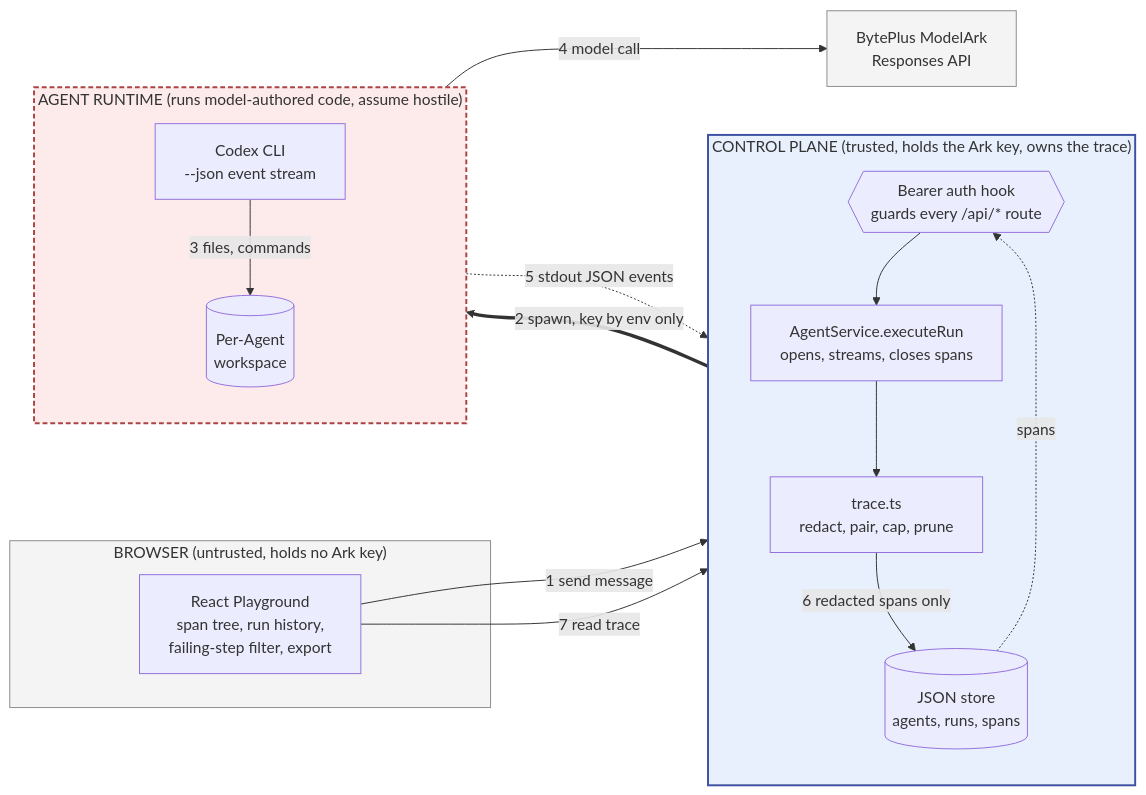
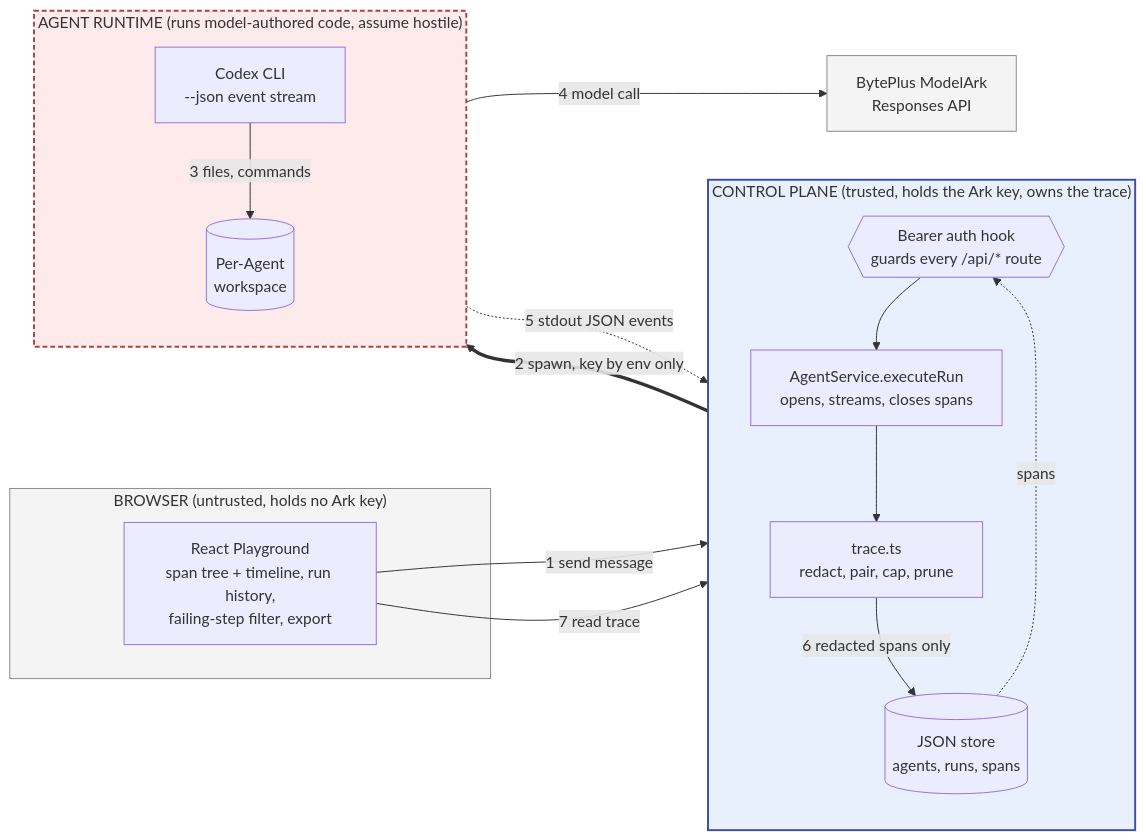
Before and after one commit to gaoze24/agentlens: the diagram in docs/ONE_PAGE_ARCHITECTURE.md, drawn with Mermaid. The commit also changed 5 other files, not shown here.

````diff
--- a/docs/ONE_PAGE_ARCHITECTURE.md
+++ b/docs/ONE_PAGE_ARCHITECTURE.md
@@ -7,40 +7,40 @@
 ```mermaid
 flowchart LR
     subgraph browser["BROWSER (untrusted, holds no Ark key)"]
-        UI["React Playground<br/>span tree, run history,<br/>failing-step filter, export"]
+        UI["React Playground<br/>span tree + timeline, run history,<br/>failing-step filter, export"]
     end
 
     subgraph plane["CONTROL PLANE (trusted, holds the Ark key, owns the trace)"]
         direction TB
         Auth{{"Bearer auth hook<br/>guards every /api/* route"}}
         Svc["AgentService.executeRun<br/>opens, streams, closes spans"]
         Trace["trace.ts<br/>redact, pair, cap, prune"]
         Store[("JSON store<br/>agents, runs, spans")]
         Auth --> Svc
         Svc --> Trace
         Trace -->|"6 redacted spans only"| Store
         Store -.->|"spans"| Auth
     end
 
     subgraph rt["AGENT RUNTIME (runs model-authored code, assume hostile)"]
         direction TB
         Codex["Codex CLI<br/>--json event stream"]
         WS[("Per-Agent<br/>workspace")]
         Codex -->|"3 files, commands"| WS
     end
 
     Ark["BytePlus ModelArk<br/>Responses API"]
 
     UI -->|"1 send message"| Auth
     UI -->|"7 read trace"| Auth
     Svc ==>|"2 spawn, key by env only"| Codex
     Codex -.->|"5 stdout JSON events"| Svc
     Codex -->|"4 model call"| Ark
 
     classDef trusted fill:#e8f0fe,stroke:#3d4fa1,stroke-width:2px
     classDef hostile fill:#fdeaea,stroke:#ac4343,stroke-width:2px,stroke-dasharray:5 3
     classDef outside fill:#f4f4f5,stroke:#8a8a8f,stroke-width:1px
     class plane trusted
     class rt hostile
     class browser,Ark outside
 ```
````
